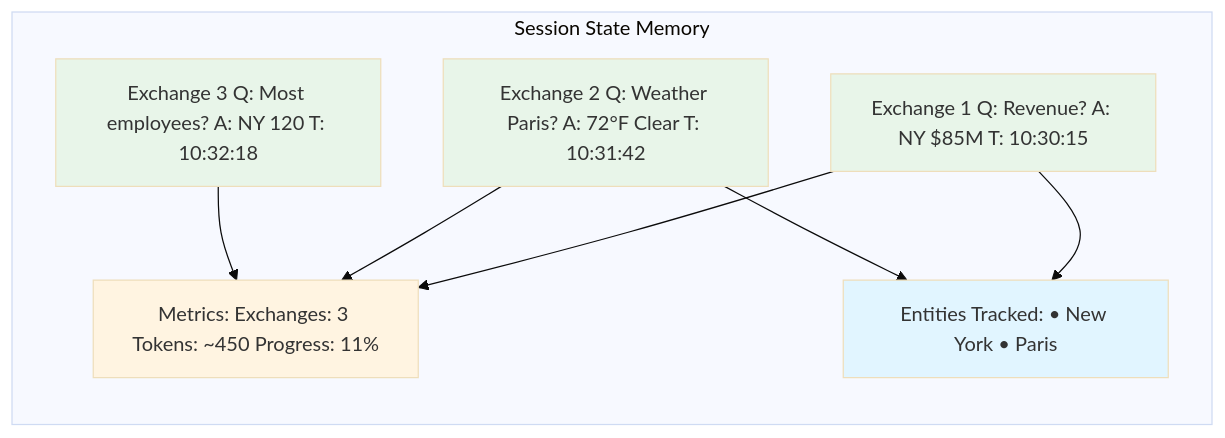
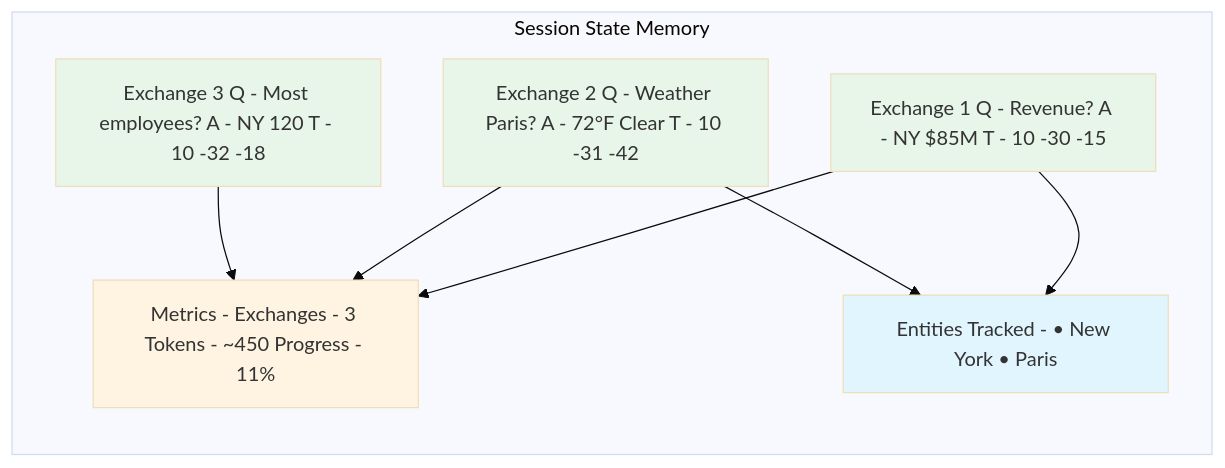
Before and after one commit to skillrepos/ai-3in1: the sixth of 7 diagrams in docs/architecture-lab8.md, drawn with Mermaid (base theme). The commit also changed other lines of this file, not shown here.

First line of the commit message:
Refine text formatting in architecture-lab8.md

````diff
--- a/docs/architecture-lab8.md
+++ b/docs/architecture-lab8.md
@@ -285,24 +285,24 @@
 ```mermaid
 graph LR
     subgraph "Session State Memory"
-        E1[Exchange 1 Q: Revenue? A: NY $85M T: 10:30:15]
-        E2[Exchange 2 Q: Weather Paris? A: 72°F Clear T: 10:31:42]
-        E3[Exchange 3 Q: Most employees? A: NY 120 T: 10:32:18]
+        E1["Exchange 1 Q - Revenue? A - NY $85M T - 10 -30 -15"]
+        E2["Exchange 2 Q - Weather Paris? A - 72°F Clear T - 10 -31 -42"]
+        E3["Exchange 3 Q - Most employees? A - NY 120 T - 10 -32 -18"]
 
-        Entities[Entities Tracked: • New York • Paris]
+        Entities["Entities Tracked - • New York • Paris"]
 
-        Stats[Metrics: Exchanges: 3 Tokens: ~450 Progress: 11%]
+        Stats["Metrics - Exchanges - 3 Tokens - ~450 Progress - 11%"]
     end
 
     E1 --> Stats
     E2 --> Stats
     E3 --> Stats
     E1 --> Entities
     E2 --> Entities
 
     style E1 fill:#e8f5e9
     style E2 fill:#e8f5e9
     style E3 fill:#e8f5e9
     style Entities fill:#e1f5ff
     style Stats fill:#fff4e1
 ```
````
